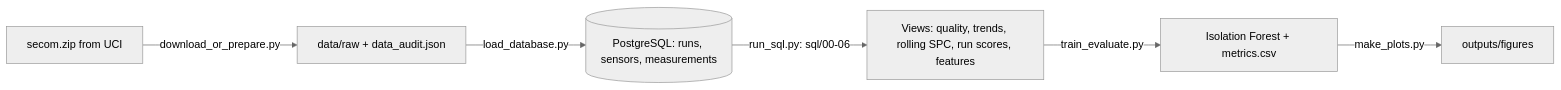
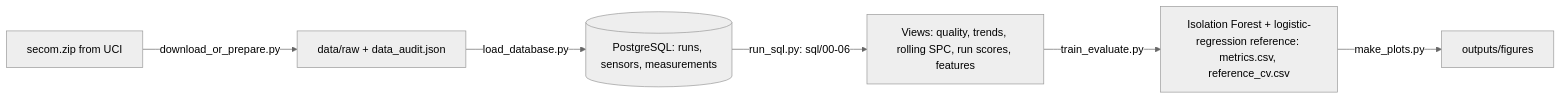
The diagram in README.md (Lara-Chung/secom-spc-anomaly-detection), drawn with Mermaid (neutral theme) before and after one commit. The commit also changed other lines of this file and 8 other files, not shown here.

Commit message:
feat: add supervised logistic-regression reference

````diff
--- a/README.md
+++ b/README.md
@@ -31,8 +31,8 @@
 ```mermaid
 flowchart LR
     A[secom.zip from UCI] -->|download_or_prepare.py| B[data/raw + data_audit.json]
     B -->|load_database.py| C[(PostgreSQL: runs, sensors, measurements)]
     C -->|run_sql.py: sql/00-06| D[Views: quality, trends, rolling SPC, run scores, features]
-    D -->|train_evaluate.py| E[Isolation Forest + metrics.csv]
+    D -->|train_evaluate.py| E[Isolation Forest + logistic-regression reference: metrics.csv, reference_cv.csv]
     E -->|make_plots.py| F[outputs/figures]
 ```
````
